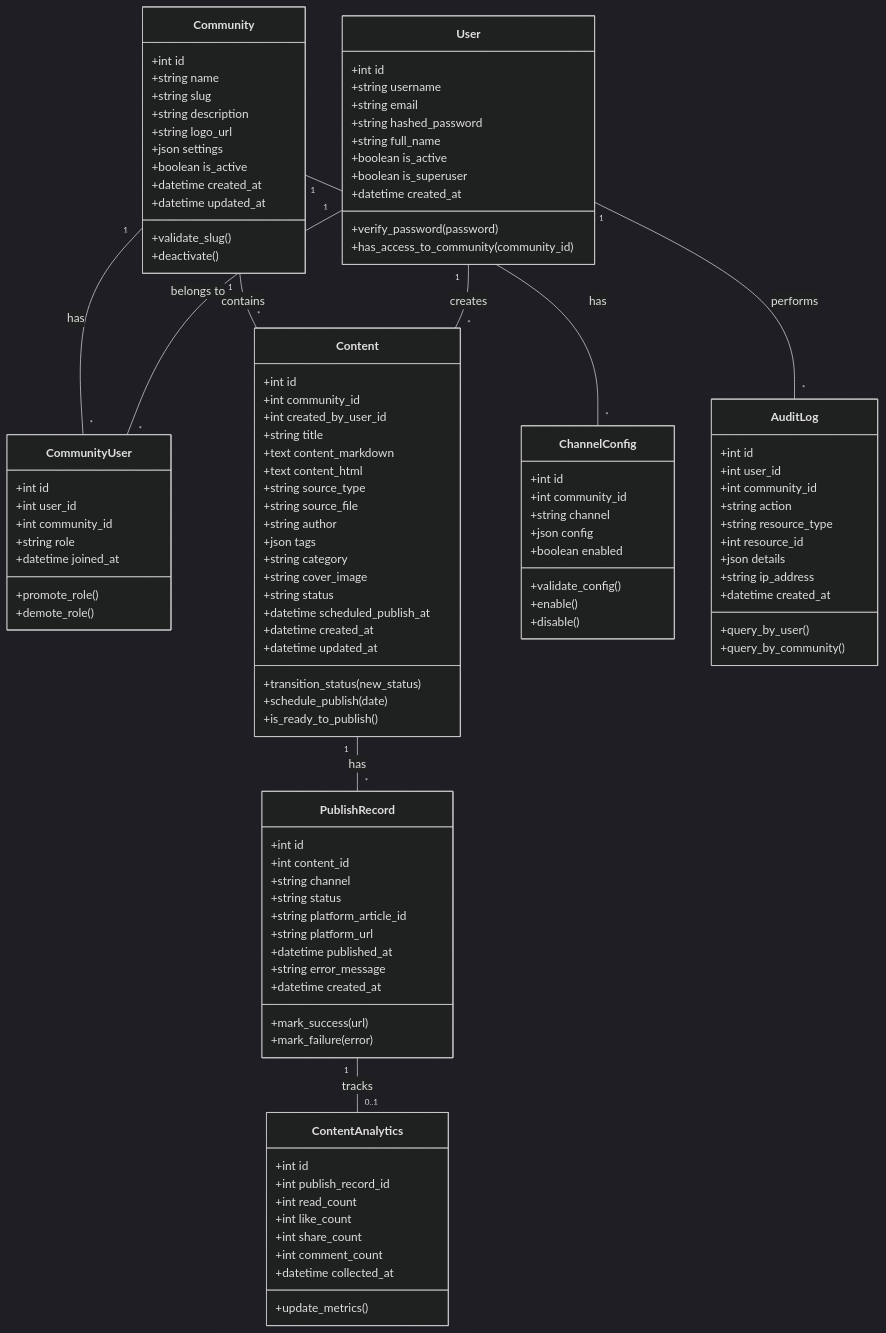
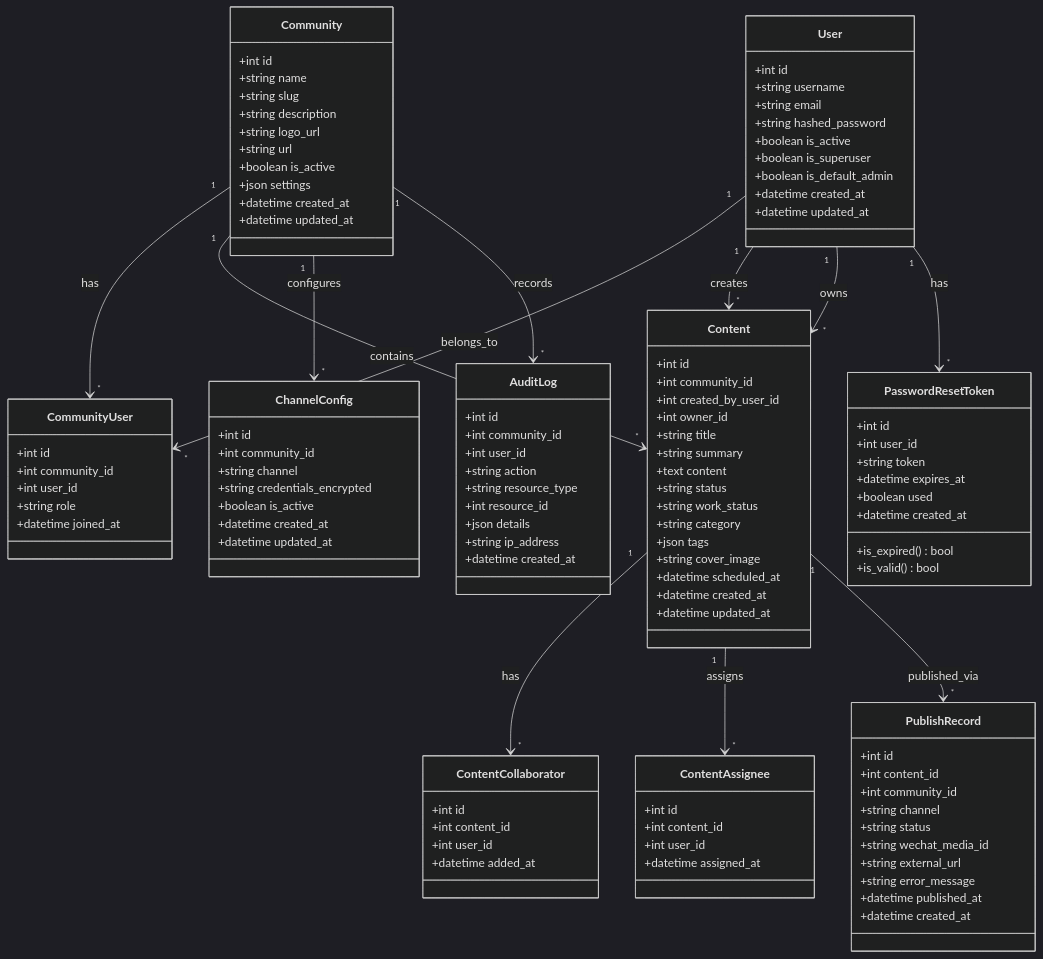
The first of 17 diagrams in docs/uml/01-类图与时序图.md (ZhengZhenyu/omnicontent), drawn with Mermaid (dark theme) before and after one commit. The commit also changed other lines of this file and 15 other files, not shown here.

````diff
--- a/docs/uml/01-类图与时序图.md
+++ b/docs/uml/01-类图与时序图.md
@@ -11,121 +13,126 @@
 ```mermaid
 classDiagram
+    class User {
+        +int id
+        +string username
+        +string email
+        +string hashed_password
+        +boolean is_active
+        +boolean is_superuser
+        +boolean is_default_admin
+        +datetime created_at
+        +datetime updated_at
+    }
+
     class Community {
         +int id
         +string name
         +string slug
         +string description
         +string logo_url
+        +string url
+        +boolean is_active
         +json settings
-        +boolean is_active
         +datetime created_at
         +datetime updated_at
-        +validate_slug()
-        +deactivate()
-    }
-
-    class User {
-        +int id
-        +string username
-        +string email
-        +string hashed_password
-        +string full_name
-        +boolean is_active
-        +boolean is_superuser
-        +datetime created_at
-        +verify_password(password)
-        +has_access_to_community(community_id)
     }
 
     class CommunityUser {
         +int id
+        +int community_id
         +int user_id
-        +int community_id
         +string role
         +datetime joined_at
-        +promote_role()
-        +demote_role()
     }
 
     class Content {
         +int id
         +int community_id
         +int created_by_user_id
+        +int owner_id
         +string title
-        +text content_markdown
-        +text content_html
-        +string source_type
-        +string source_file
-        +string author
+        +string summary
+        +text content
+        +string status
+        +string work_status
+        +string category
         +json tags
-        +string category
         +string cover_image
-        +string status
-        +datetime scheduled_publish_at
+        +datetime scheduled_at
         +datetime created_at
         +datetime updated_at
-        +transition_status(new_status)
-        +schedule_publish(date)
-        +is_ready_to_publish()
+    }
+
+    class ContentCollaborator {
+        +int id
+        +int content_id
+        +int user_id
+        +datetime added_at
+    }
+
+    class ContentAssignee {
+        +int id
+        +int content_id
+        +int user_id
+        +datetime assigned_at
     }
 
     class PublishRecord {
         +int id
         +int content_id
+        +int community_id
         +string channel
         +string status
-        +string platform_article_id
-        +string platform_url
+        +string wechat_media_id
+        +string external_url
+        +string error_message
         +datetime published_at
-        +string error_message
         +datetime created_at
-        +mark_success(url)
-        +mark_failure(error)
-    }
-
-    class ContentAnalytics {
-        +int id
-        +int publish_record_id
-        +int read_count
-        +int like_count
-        +int share_count
-        +int comment_count
-        +datetime collected_at
-        +update_metrics()
     }
 
     class ChannelConfig {
         +int id
         +int community_id
         +string channel
-        +json config
-        +boolean enabled
-        +validate_config()
-        +enable()
-        +disable()
+        +string credentials_encrypted
+        +boolean is_active
+        +datetime created_at
+        +datetime updated_at
     }
 
     class AuditLog {
         +int id
+        +int community_id
         +int user_id
-        +int community_id
         +string action
         +string resource_type
         +int resource_id
         +json details
         +string ip_address
         +datetime created_at
-        +query_by_user()
-        +query_by_community()
     }
 
-    %% 关系定义
-    Community "1" -- "*" Content : contains
-    Community "1" -- "*" ChannelConfig : has
-    Community "1" -- "*" CommunityUser : has
-    User "1" -- "*" CommunityUser : belongs to
-    User "1" -- "*" Content : creates
-    User "1" -- "*" AuditLog : performs
-    Content "1" -- "*" PublishRecord : has
-    PublishRecord "1" -- "0..1" ContentAnalytics : tracks
+    class PasswordResetToken {
+        +int id
+        +int user_id
+        +string token
+        +datetime expires_at
+        +boolean used
+        +datetime created_at
+        +is_expired() bool
+        +is_valid() bool
+    }
+
+    %% 关系
+    Community "1" --> "*" CommunityUser : has
+    User "1" --> "*" CommunityUser : belongs_to
+    Community "1" --> "*" Content : contains
+    Community "1" --> "*" ChannelConfig : configures
+    Community "1" --> "*" AuditLog : records
+    User "1" --> "*" Content : creates
+    User "1" --> "*" Content : owns
+    Content "1" --> "*" ContentCollaborator : has
+    Content "1" --> "*" ContentAssignee : assigns
+    Content "1" --> "*" PublishRecord : published_via
+    User "1" --> "*" PasswordResetToken : has
 ```
````
